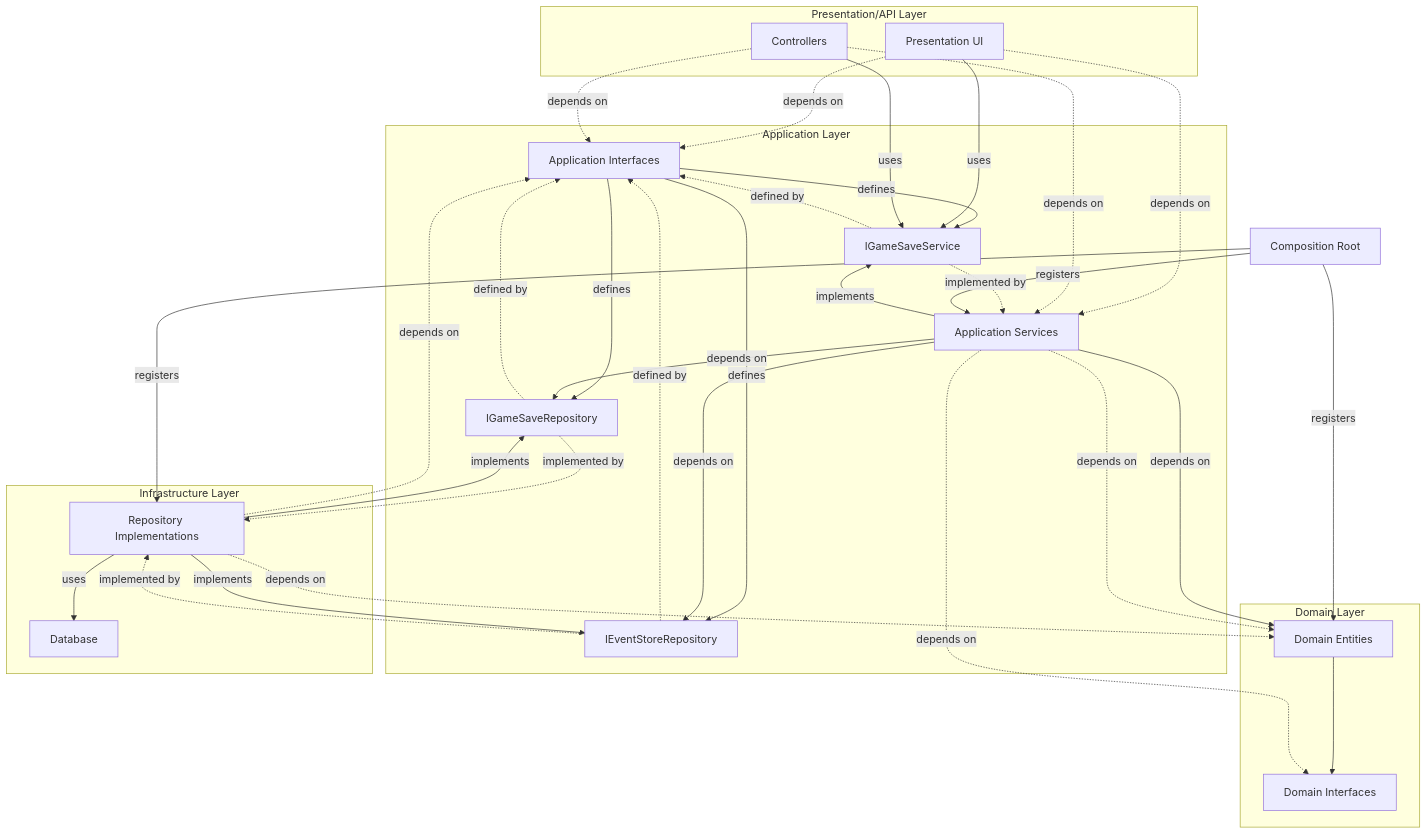
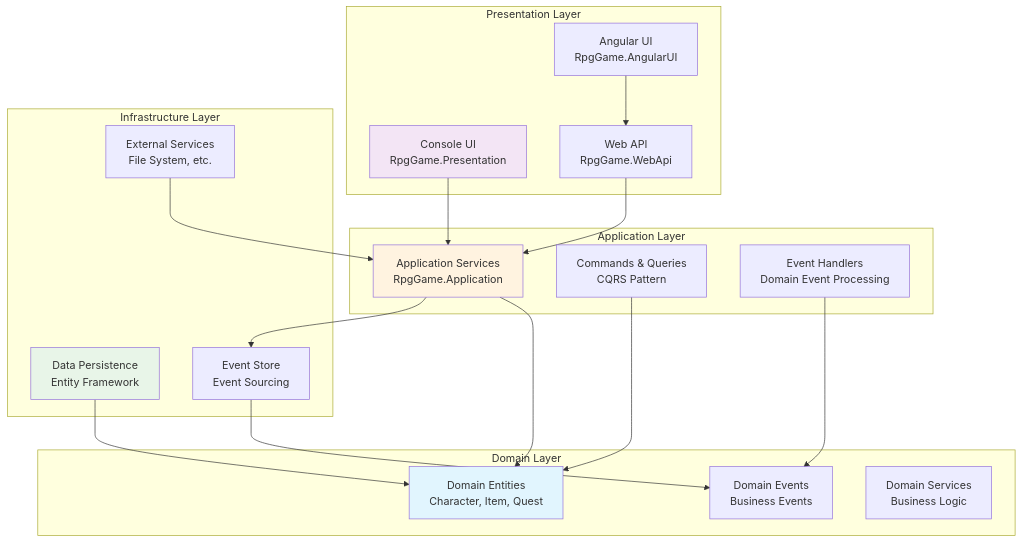
One commit to DawidGrzejek/RpgGame changed the first of 11 diagrams in Readme.md. Above: the diagram before and after it, drawn with Mermaid. The commit also changed other lines of this file and 72 other files, not shown here.

First line of the commit message:
feat: Implement repositories and controllers for Enemy and Item templates

````diff
--- a/Readme.md
+++ b/Readme.md
@@ -331,62 +26,42 @@
 ```mermaid
-
-graph TD
-
-    subgraph "Domain Layer"
-        D[Domain Entities]
-        DI[Domain Interfaces]
-    end
-
-    subgraph "Application Layer"
-        I[Application Interfaces]
-        S[Application Services]
-        I --defines--> IGameSaveService
-        I --defines--> IGameSaveRepository
-        I --defines--> IEventStoreRepository
-        S --implements--> IGameSaveService
-        S --depends on--> IGameSaveRepository
-        S --depends on--> IEventStoreRepository
-        S --depends on--> D
-    end
-
-    subgraph "Infrastructure Layer"
-        DB[Database]
-        RI[Repository Implementations]
-        RI --implements--> IGameSaveRepository
-        RI --implements--> IEventStoreRepository
-        RI --uses--> DB
+graph TB
+    subgraph "Presentation Layer"
+        A[Console UI<br/>RpgGame.Presentation]
+        B[Web API<br/>RpgGame.WebApi]
+        C[Angular UI<br/>RpgGame.AngularUI]
     end
     
-    subgraph "Presentation/API Layer"
-        P[Presentation UI]
-        C[Controllers]
-        P --uses--> IGameSaveService
-        C --uses--> IGameSaveService
+    subgraph "Application Layer"
+        D[Application Services<br/>RpgGame.Application]
+        E[Commands & Queries<br/>CQRS Pattern]
+        F[Event Handlers<br/>Domain Event Processing]
     end
-
-    %% Dependencies point inward
-    D ----> DI
-    P -.depends on.-> S
-    P -.depends on.-> I
-    C -.depends on.-> S
-    C -.depends on.-> I
-    S -.depends on.-> D
-    S -.depends on.-> DI
-    RI -.depends on.-> I
-    RI -.depends on.-> D
     
-    %% Critical: Dependency Inversion
-    IGameSaveRepository -.defined by.-> I
-    IGameSaveRepository -.implemented by.-> RI
-    IEventStoreRepository -.defined by.-> I
-    IEventStoreRepository -.implemented by.-> RI
-    IGameSaveService -.defined by.-> I
-    IGameSaveService -.implemented by.-> S
+    subgraph "Domain Layer"
+        G[Domain Entities<br/>Character, Item, Quest]
+        H[Domain Events<br/>Business Events]
+        I[Domain Services<br/>Business Logic]
+    end
     
-    %% Composition Root
-    CR[Composition Root]
-    CR --registers--> RI
-    CR --registers--> S
-    CR --registers--> D
-
+    subgraph "Infrastructure Layer"
+        J[Data Persistence<br/>Entity Framework]
+        K[Event Store<br/>Event Sourcing]
+        L[External Services<br/>File System, etc.]
+    end
+    
+    A --> D
+    B --> D
+    C --> B
+    D --> G
+    D --> K
+    E --> G
+    F --> H
+    J --> G
+    K --> H
+    L --> D
+    
+    style G fill:#e1f5fe
+    style D fill:#fff3e0
+    style A fill:#f3e5f5
+    style J fill:#e8f5e8
 ```
````
